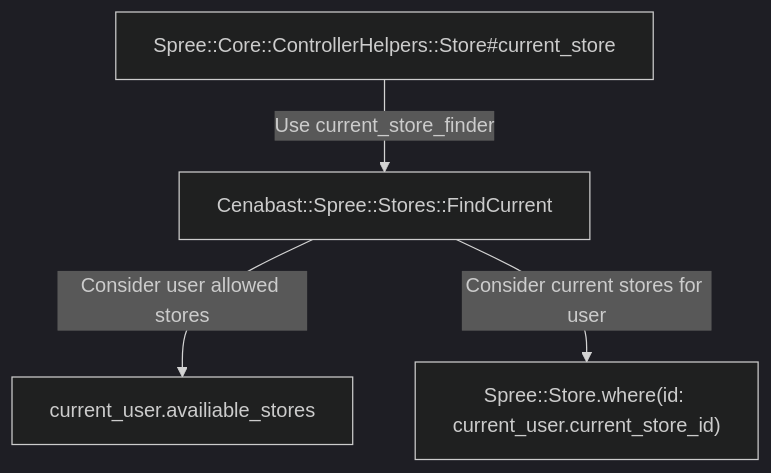
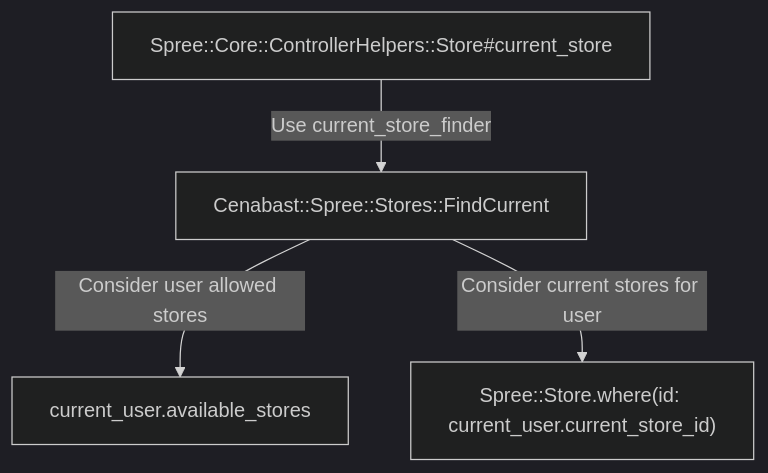
The diagram in docs/docs/2_Store Project/development-functionalities/sale-channels.md (Departamento-TI/cenabast-tienda), drawn with Mermaid (dark theme) before and after one commit. The commit also changed other lines of this file and 25 other files, not shown here.

````diff
--- a/docs/docs/2_Store Project/development-functionalities/sale-channels.md
+++ b/docs/docs/2_Store Project/development-functionalities/sale-channels.md
@@ -36,6 +36,6 @@
 ```mermaid
 flowchart TD
     A[Spree::Core::ControllerHelpers::Store#current_store] -->|Use current_store_finder| B[Cenabast::Spree::Stores::FindCurrent]
-    B --> |Consider user allowed stores| C[current_user.availiable_stores]
+    B --> |Consider user allowed stores| C[current_user.available_stores]
     B --> |Consider current stores for user| D["Spree::Store.where(id: current_user.current_store_id)"]
 ```
````
